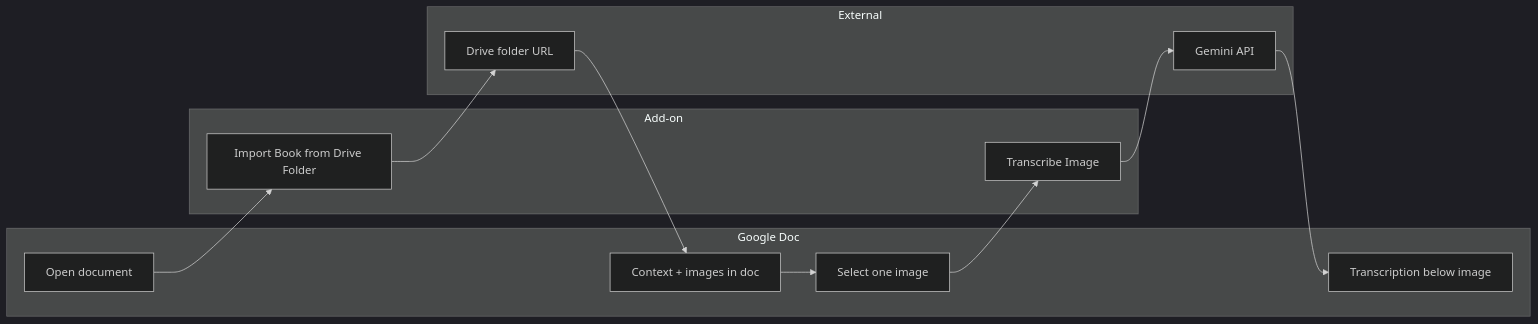
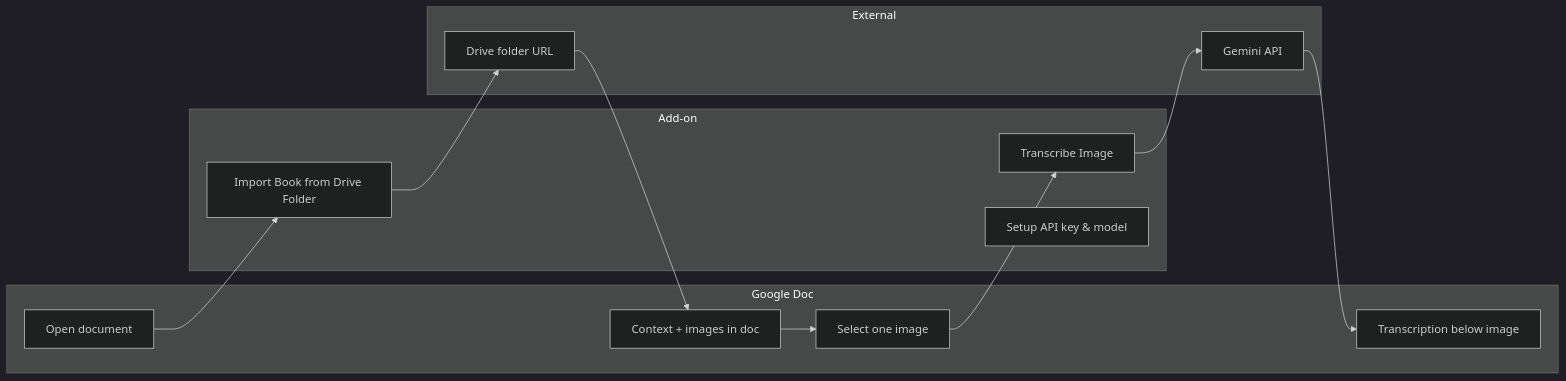
Before and after one commit to dekochka/geneascript-gdoc-addon: the diagram in README.md, drawn with Mermaid (dark theme). The commit also changed other lines of this file and 7 other files, not shown here.

First line of the commit message:
feat: Setup API key & model menu, model selection, error handling, docs

````diff
--- a/README.md
+++ b/README.md
@@ -19,24 +19,25 @@
 ```mermaid
 flowchart LR
   subgraph doc [Google Doc]
     OpenDoc[Open document]
     ContextImages[Context + images in doc]
     SelectImage[Select one image]
     Transcription[Transcription below image]
   end
   subgraph addon [Add-on]
     ImportMenu["Import Book from Drive Folder"]
     TranscribeMenu["Transcribe Image"]
+    SetupMenu["Setup API key & model"]
   end
   subgraph external [External]
     DriveFolder[Drive folder URL]
     Gemini[Gemini API]
   end
   OpenDoc --> ImportMenu
   ImportMenu --> DriveFolder
   DriveFolder --> ContextImages
   ContextImages --> SelectImage
   SelectImage --> TranscribeMenu
   TranscribeMenu --> Gemini
   Gemini --> Transcription
 ```
````
